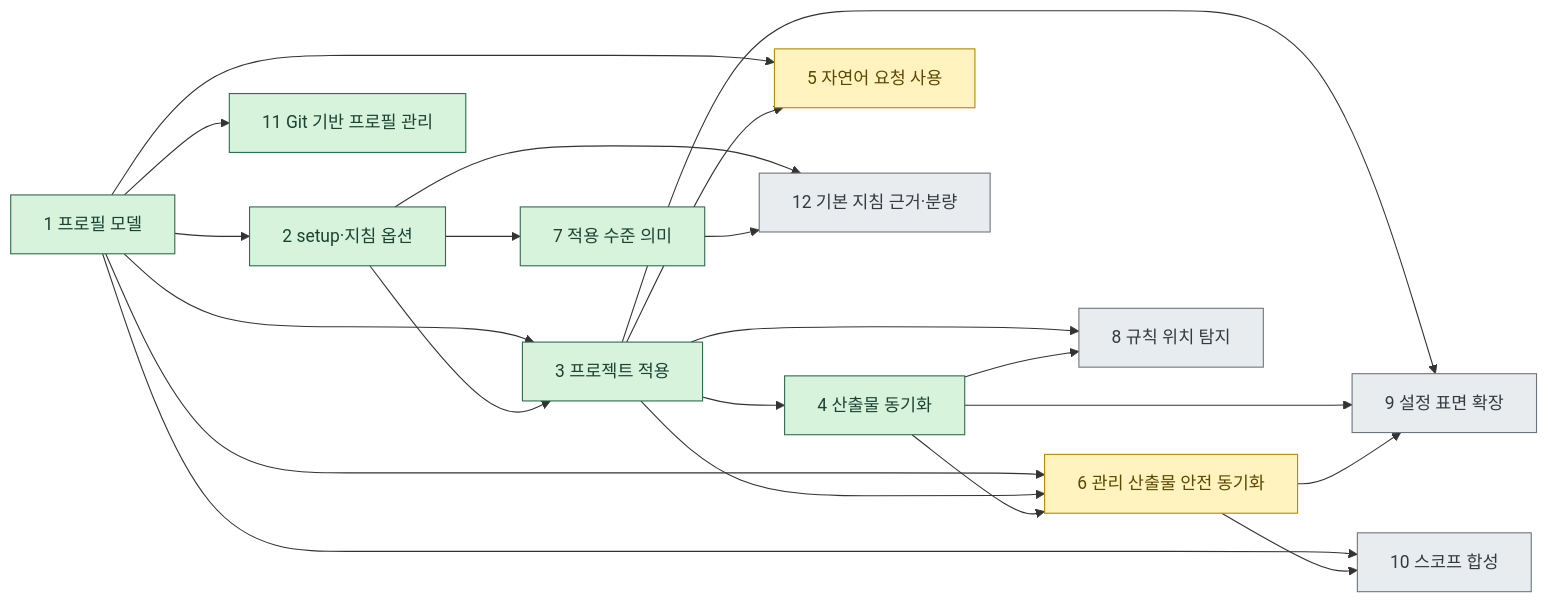
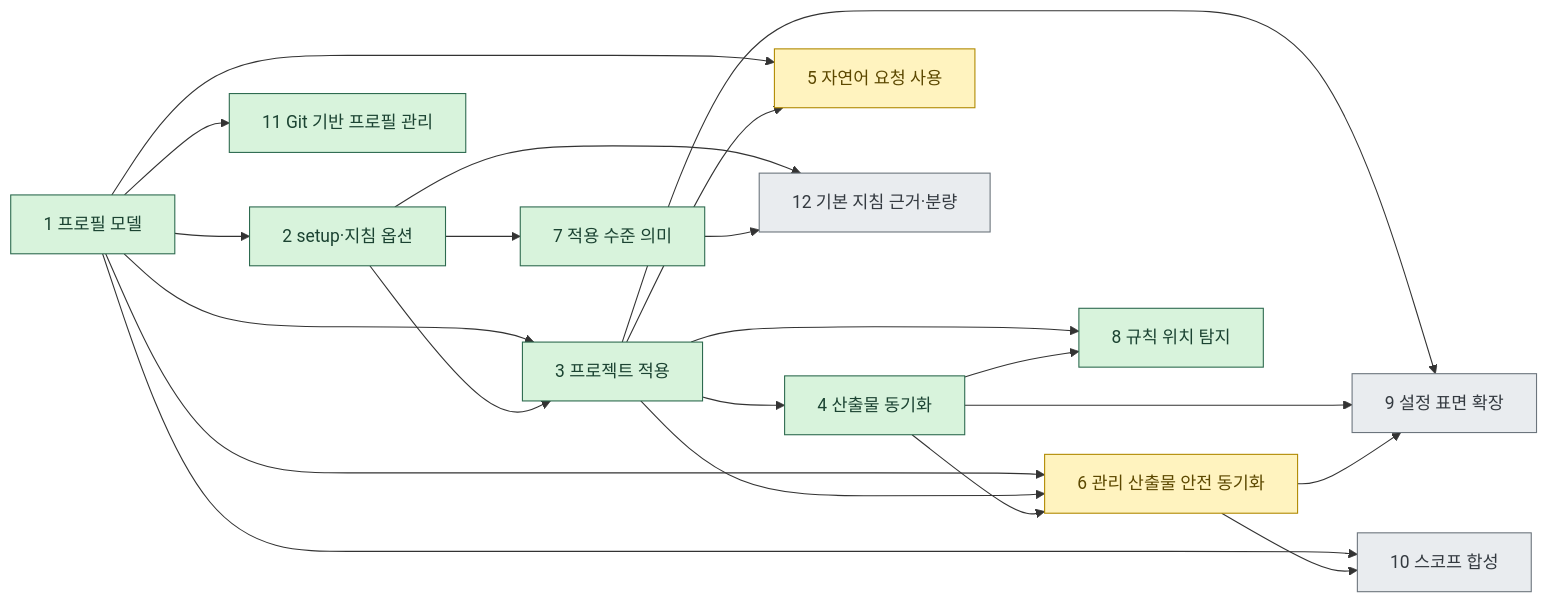
One commit to IsthisLee/agent-context-manager changed the diagram in docs/discussion/architecture/README.md. Above: the diagram before and after it, drawn with Mermaid. The commit also changed other lines of this file and 37 other files, not shown here.

````diff
--- a/docs/discussion/architecture/README.md
+++ b/docs/discussion/architecture/README.md
@@ -30,29 +30,29 @@
 ```mermaid
 flowchart LR
   S1["1 프로필 모델"] --> S2["2 setup·지침 옵션"]
   S1 --> S3["3 프로젝트 적용"]
   S2 --> S3
   S3 --> S4["4 산출물 동기화"]
   S1 --> S5["5 자연어 요청 사용"]
   S3 --> S5
   S1 --> S6["6 관리 산출물 안전 동기화"]
   S3 --> S6
   S4 --> S6
   S2 --> S7["7 적용 수준 의미"]
   S3 --> S8["8 규칙 위치 탐지"]
   S4 --> S8
   S3 --> S9["9 설정 표면 확장"]
   S4 --> S9
   S6 --> S9
   S1 --> S10["10 스코프 합성"]
   S6 --> S10
   S1 --> S11["11 Git 기반 프로필 관리"]
   S2 --> S12["12 기본 지침 근거·분량"]
   S7 --> S12
   classDef done fill:#d8f3dc,stroke:#2d6a4f,color:#1b4332
   classDef doing fill:#fff3bf,stroke:#b08900,color:#5c4800
   classDef todo fill:#e9ecef,stroke:#6c757d,color:#343a40
-  class S1,S2,S3,S4,S7,S11 done
+  class S1,S2,S3,S4,S7,S8,S11 done
   class S5,S6 doing
-  class S8,S9,S10,S12 todo
+  class S9,S10,S12 todo
 ```
````
